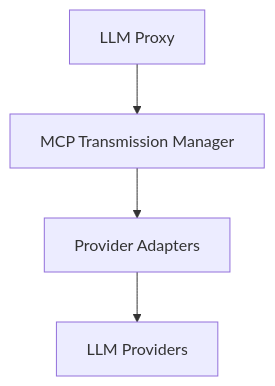
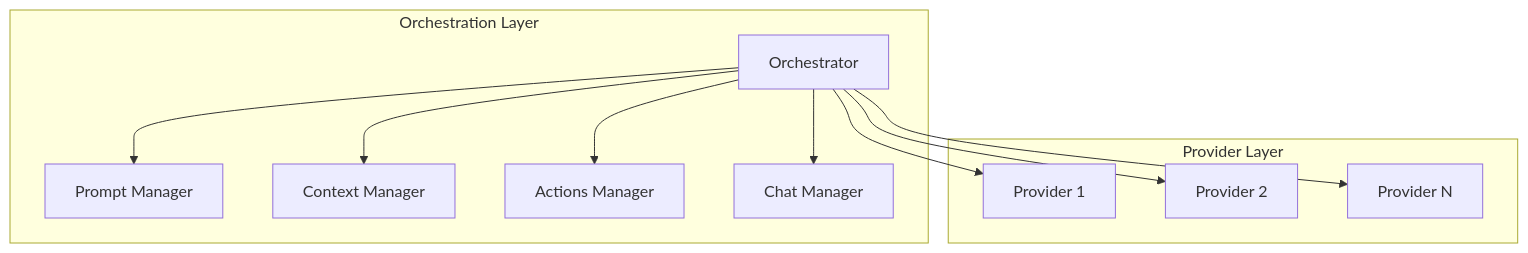
The diagram in packages/llm-integration/README.md (mrsimpson/piddie), drawn with Mermaid before and after one commit. The commit also changed other lines of this file and 5 other files, not shown here.

````diff
--- a/packages/llm-integration/README.md
+++ b/packages/llm-integration/README.md
@@ -7,6 +8,15 @@
 ```mermaid
 graph TD
-    LLMProxy[LLM Proxy] --> MCPTransmission[MCP Transmission Manager]
-    MCPTransmission --> ProviderAdapters[Provider Adapters]
-    ProviderAdapters --> LLMProviders[LLM Providers]
+    subgraph Orchestration Layer
+        O[Orchestrator] --> PM[Prompt Manager]
+        O --> CM[Context Manager]
+        O --> AM[Actions Manager]
+        O --> CH[Chat Manager]
+    end
+    
+    subgraph Provider Layer
+        O --> P1[Provider 1]
+        O --> P2[Provider 2]
+        O --> P3[Provider N]
+    end
 ```
````
